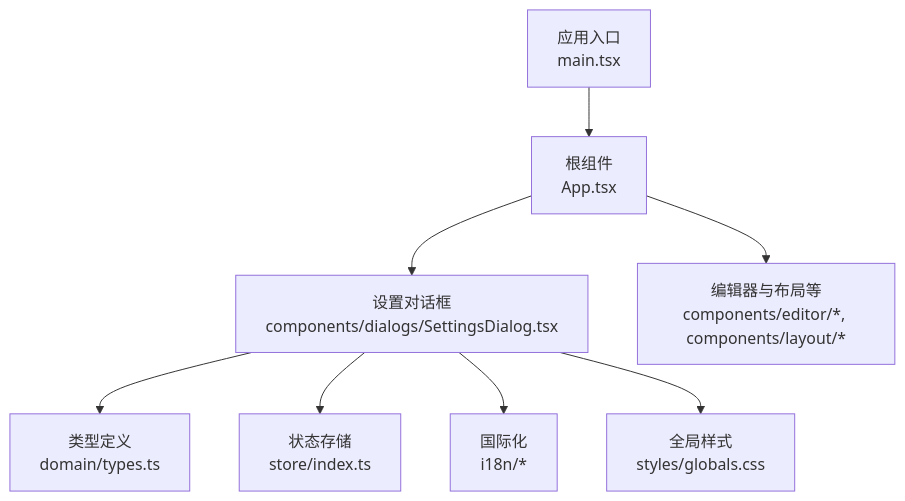
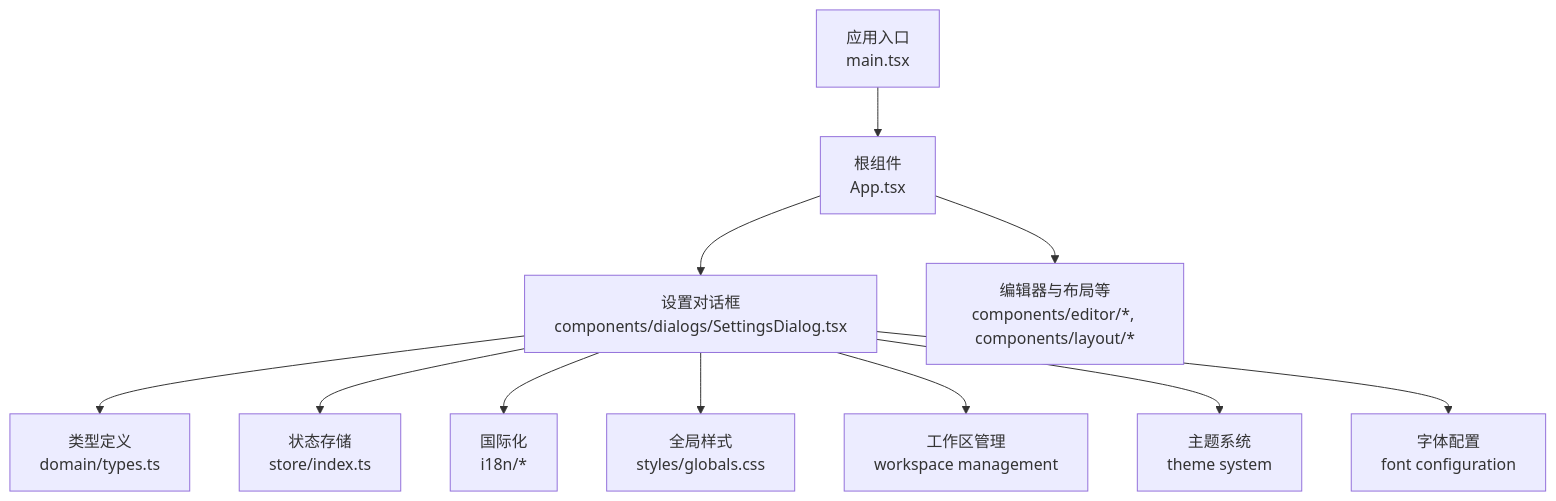
Before and after one commit to gongshiyun/ZenNote: the first of 4 diagrams in .qoder/repowiki/zh/content/对话框系统.md, drawn with Mermaid. The commit also changed other lines of this file and 40 other files, not shown here.

````diff
--- a/.qoder/repowiki/zh/content/对话框系统.md
+++ b/.qoder/repowiki/zh/content/对话框系统.md
@@ -34,10 +43,13 @@
 ```mermaid
 graph TB
 A["应用入口<br/>main.tsx"] --> B["根组件<br/>App.tsx"]
 B --> C["设置对话框<br/>components/dialogs/SettingsDialog.tsx"]
 B --> D["编辑器与布局等<br/>components/editor/*, components/layout/*"]
 C --> E["类型定义<br/>domain/types.ts"]
 C --> F["状态存储<br/>store/index.ts"]
 C --> G["国际化<br/>i18n/*"]
 C --> H["全局样式<br/>styles/globals.css"]
+C --> I["工作区管理<br/>workspace management"]
+C --> J["主题系统<br/>theme system"]
+C --> K["字体配置<br/>font configuration"]
 ```
````
